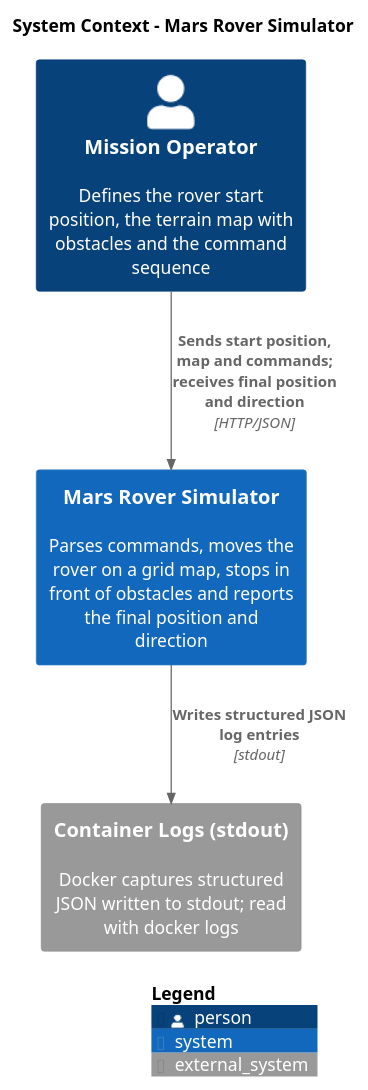
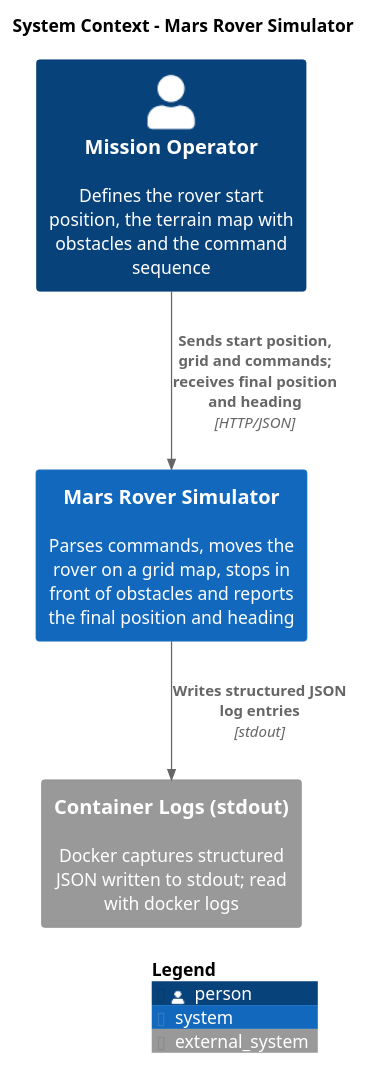
The diagram in architecture/diagrams/c4-context.puml (Ouleg/agentic-sdlc-oleg-ponjevic), drawn with PlantUML before and after one commit. The commit also changed 2 other files, not shown here.

Commit message:
#3 docs(architecture): add chapter 4 solution strategy

```diff
--- a/architecture/diagrams/c4-context.puml
+++ b/architecture/diagrams/c4-context.puml
@@ -1,17 +1,17 @@
 @startuml c4-context
 !include https://raw.githubusercontent.com/plantuml-stdlib/C4-PlantUML/master/C4_Context.puml
 skinparam backgroundColor white
 
 title System Context - Mars Rover Simulator
 
 Person(operator, "Mission Operator", "Defines the rover start position, the terrain map with obstacles and the command sequence")
 
-System(rover, "Mars Rover Simulator", "Parses commands, moves the rover on a grid map, stops in front of obstacles and reports the final position and direction")
+System(rover, "Mars Rover Simulator", "Parses commands, moves the rover on a grid map, stops in front of obstacles and reports the final position and heading")
 
 System_Ext(logs, "Container Logs (stdout)", "Docker captures structured JSON written to stdout; read with docker logs")
 
-Rel(operator, rover, "Sends start position, map and commands; receives final position and direction", "HTTP/JSON")
+Rel(operator, rover, "Sends start position, grid and commands; receives final position and heading", "HTTP/JSON")
 Rel(rover, logs, "Writes structured JSON log entries", "stdout")
 
 SHOW_LEGEND()
 @enduml
```
